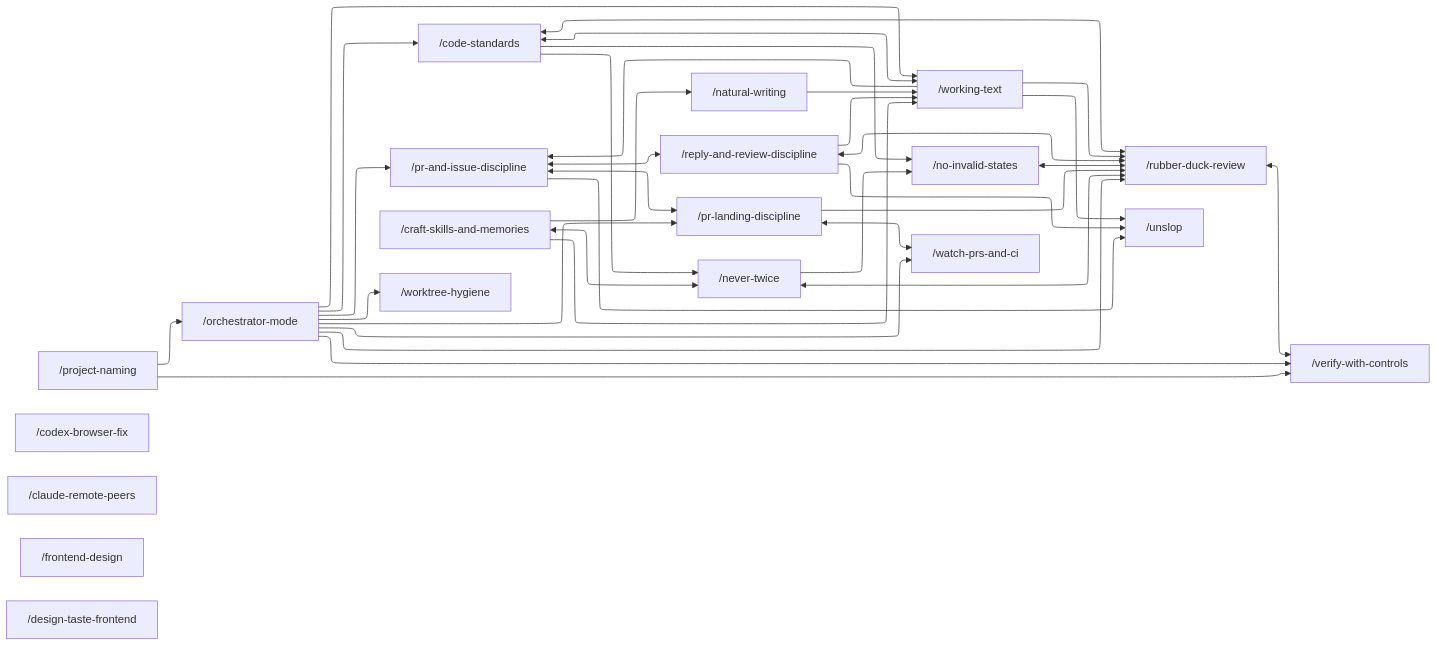
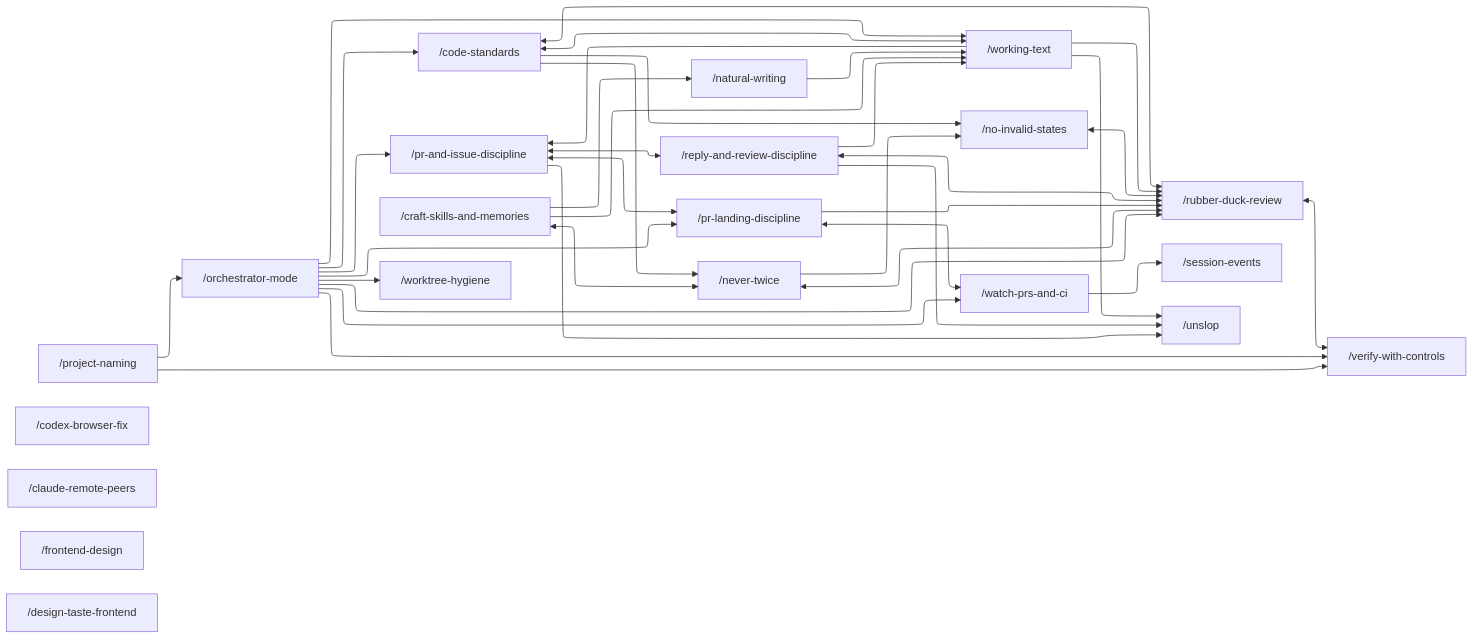
Before and after one commit to Vivswan/skills: the diagram in README.md, drawn with Mermaid. The commit also changed other lines of this file and 25 other files, not shown here.

First line of the commit message:
feat(session-events): a base skill whose daemon delivers any polled source's events, with watch-prs-and-ci as its first source

```diff
--- a/README.md
+++ b/README.md
@@ -71,6 +72,7 @@
   vwc["/verify-with-controls"]
   csm["/craft-skills-and-memories"]
   wpc["/watch-prs-and-ci"]
+  se["/session-events"]
   wh["/worktree-hygiene"]
   us["/unslop"]
   cbf["/codex-browser-fix"]
@@ -94,6 +96,7 @@
   nw --> wt
   om --> rdr
   om --> wpc
+  wpc --> se
   om --> cs
   om --> pid
   om --> pld
@@ -127,6 +130,7 @@
   click vwc "./skills/verify-with-controls/SKILL.md"
   click csm "./skills/craft-skills-and-memories/SKILL.md"
   click wpc "./skills/watch-prs-and-ci/SKILL.md"
+  click se "./skills/session-events/SKILL.md"
   click wh "./skills/worktree-hygiene/SKILL.md"
   click us "./xeno/unslop/SKILL.md"
   click cbf "./skills/codex-browser-fix/SKILL.md"
```
